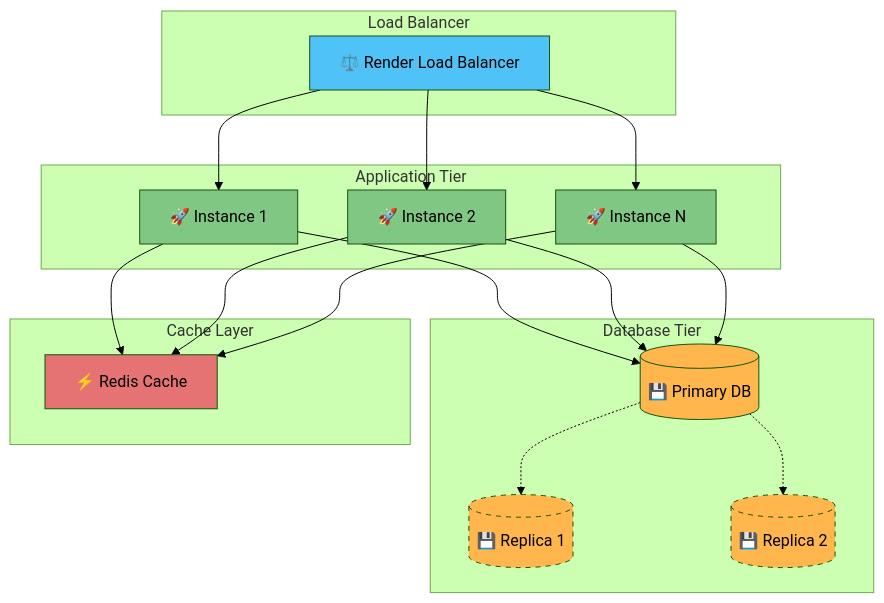
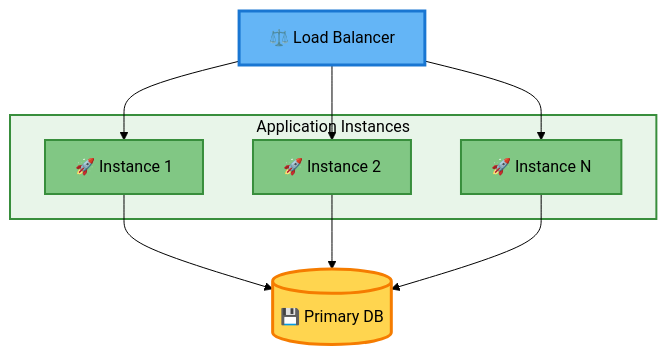
One commit to d01ki/FE-master changed the eighth of 8 diagrams in docs/diagrams.md. Above: the diagram before and after it, drawn with Mermaid (forest theme). The commit also changed other lines of this file, not shown here.

Commit message:
docs: Improve diagram readability with better text colors

````diff
--- a/docs/diagrams.md
+++ b/docs/diagrams.md
@@ -357,46 +303,27 @@
 ```mermaid
-graph TB
-    subgraph "Load Balancer"
-        LB["⚖️ Render Load Balancer"]
-    end
-
-    subgraph "Application Tier"
+flowchart TB
+    LB["⚖️ Load Balancer"]
+    
+    subgraph Apps["Application Instances"]
         App1["🚀 Instance 1"]
         App2["🚀 Instance 2"]
         App3["🚀 Instance N"]
     end
-
-    subgraph "Database Tier"
-        Primary[("💾 Primary DB")]
-        Replica1[("💾 Replica 1")]
-        Replica2[("💾 Replica 2")]
-    end
-
-    subgraph "Cache Layer"
-        Redis["⚡ Redis Cache"]
-    end
-
+    
+    Primary[("💾 Primary DB")]
+    
     LB --> App1
     LB --> App2
     LB --> App3
-
-    App1 --> Redis
-    App2 --> Redis
-    App3 --> Redis
-
+    
     App1 --> Primary
     App2 --> Primary
     App3 --> Primary
-
-    Primary -.-> Replica1
-    Primary -.-> Replica2
-
-    style LB fill:#4fc3f7
-    style App1 fill:#81c784
-    style App2 fill:#81c784
-    style App3 fill:#81c784
-    style Primary fill:#ffb74d
-    style Replica1 fill:#ffb74d,stroke-dasharray: 5 5
-    style Replica2 fill:#ffb74d,stroke-dasharray: 5 5
-    style Redis fill:#e57373
+    
+    style LB fill:#64B5F6,stroke:#1976D2,stroke-width:3px,color:#000
+    style App1 fill:#81C784,stroke:#388E3C,stroke-width:2px,color:#000
+    style App2 fill:#81C784,stroke:#388E3C,stroke-width:2px,color:#000
+    style App3 fill:#81C784,stroke:#388E3C,stroke-width:2px,color:#000
+    style Primary fill:#FFD54F,stroke:#F57C00,stroke-width:3px,color:#000
+    style Apps fill:#E8F5E9,stroke:#388E3C,stroke-width:2px,color:#000
 ```
````
